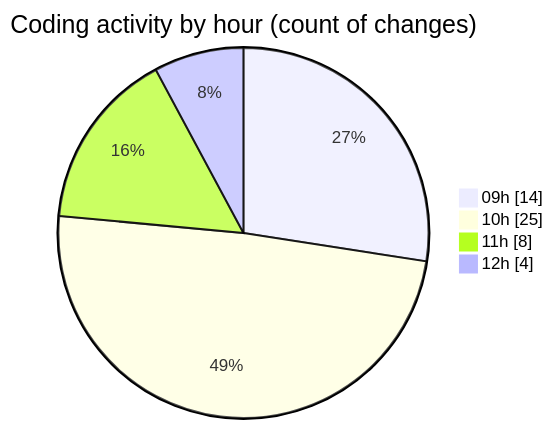
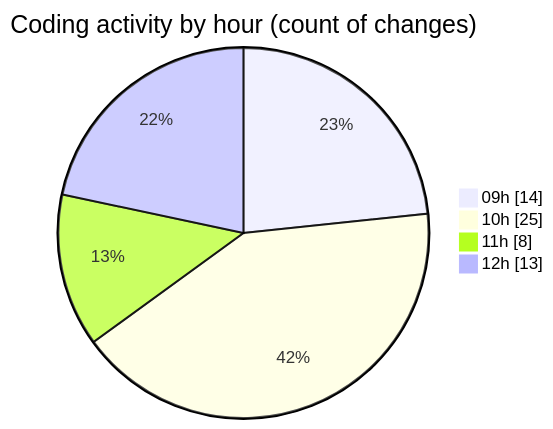
One commit to momahboobian/code-tracking changed the second of 2 diagrams in 2025-06-03/cda/README.md. Above: the diagram before and after it, drawn with Mermaid. The commit also changed other lines of this file and 1 other file, not shown here.

````diff
--- a/2025-06-03/cda/README.md
+++ b/2025-06-03/cda/README.md
@@ -33,8 +33,8 @@
 ```mermaid
 pie showData
 title Coding activity by hour (count of changes)
 "09h" : 14
 "10h" : 25
 "11h" : 8
-"12h" : 4
+"12h" : 13
 ```
````
